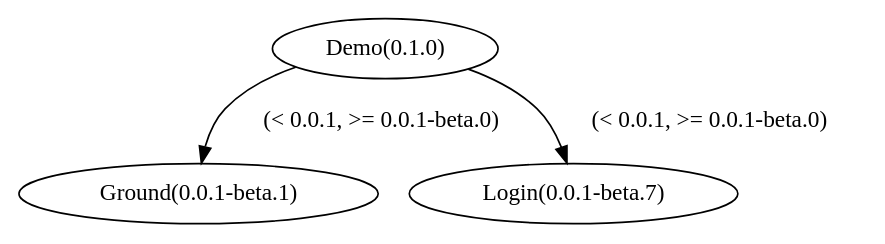
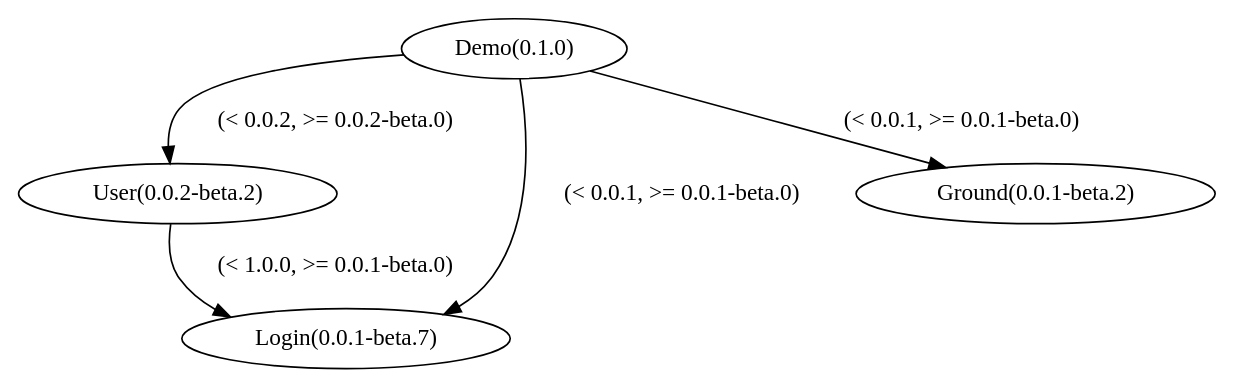
The diagram in axe/dependency.dot (axe-org/demo-app), drawn with Graphviz before and after one commit. The commit also changed 4 other files, not shown here.

```diff
--- a/axe/dependency.dot
+++ b/axe/dependency.dot
@@ -1,4 +1,6 @@
 digraph G {
-  "Demo(0.1.0)" -> "Ground(0.0.1-beta.1)" [ label = "(< 0.0.1, >= 0.0.1-beta.0)" ];
+  "User(0.0.2-beta.2)" -> "Login(0.0.1-beta.7)" [ label = "(< 1.0.0, >= 0.0.1-beta.0)" ];
+  "Demo(0.1.0)" -> "Ground(0.0.1-beta.2)" [ label = "(< 0.0.1, >= 0.0.1-beta.0)" ];
   "Demo(0.1.0)" -> "Login(0.0.1-beta.7)" [ label = "(< 0.0.1, >= 0.0.1-beta.0)" ];
+  "Demo(0.1.0)" -> "User(0.0.2-beta.2)" [ label = "(< 0.0.2, >= 0.0.2-beta.0)" ];
 }
```
